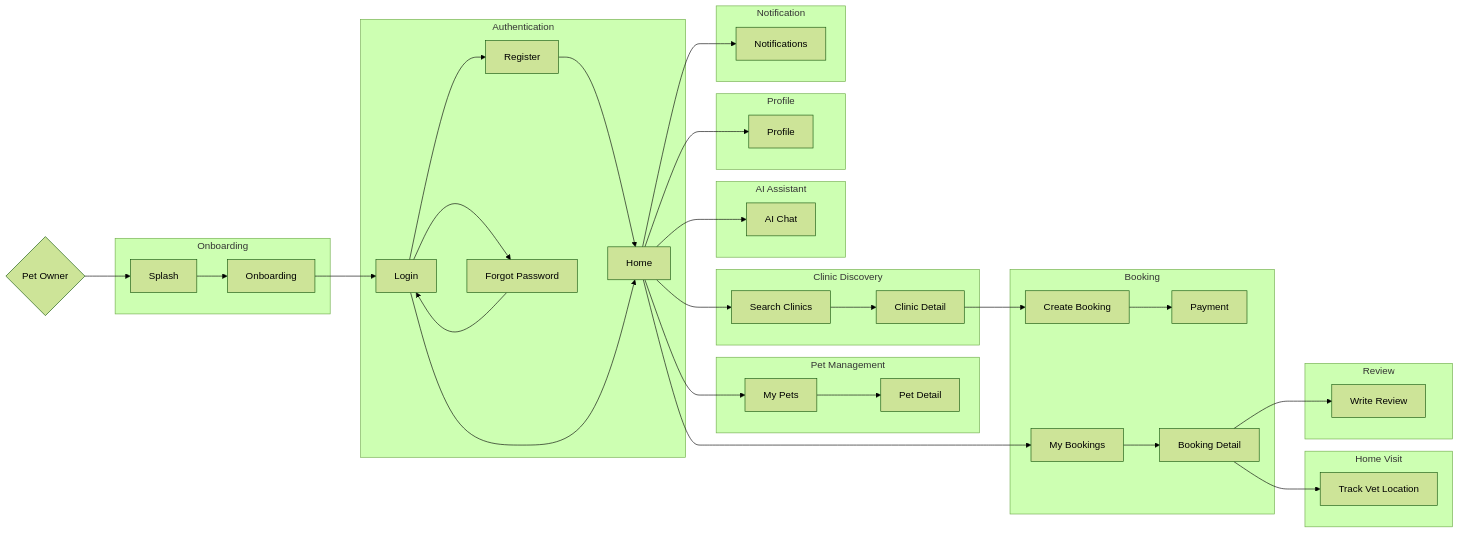
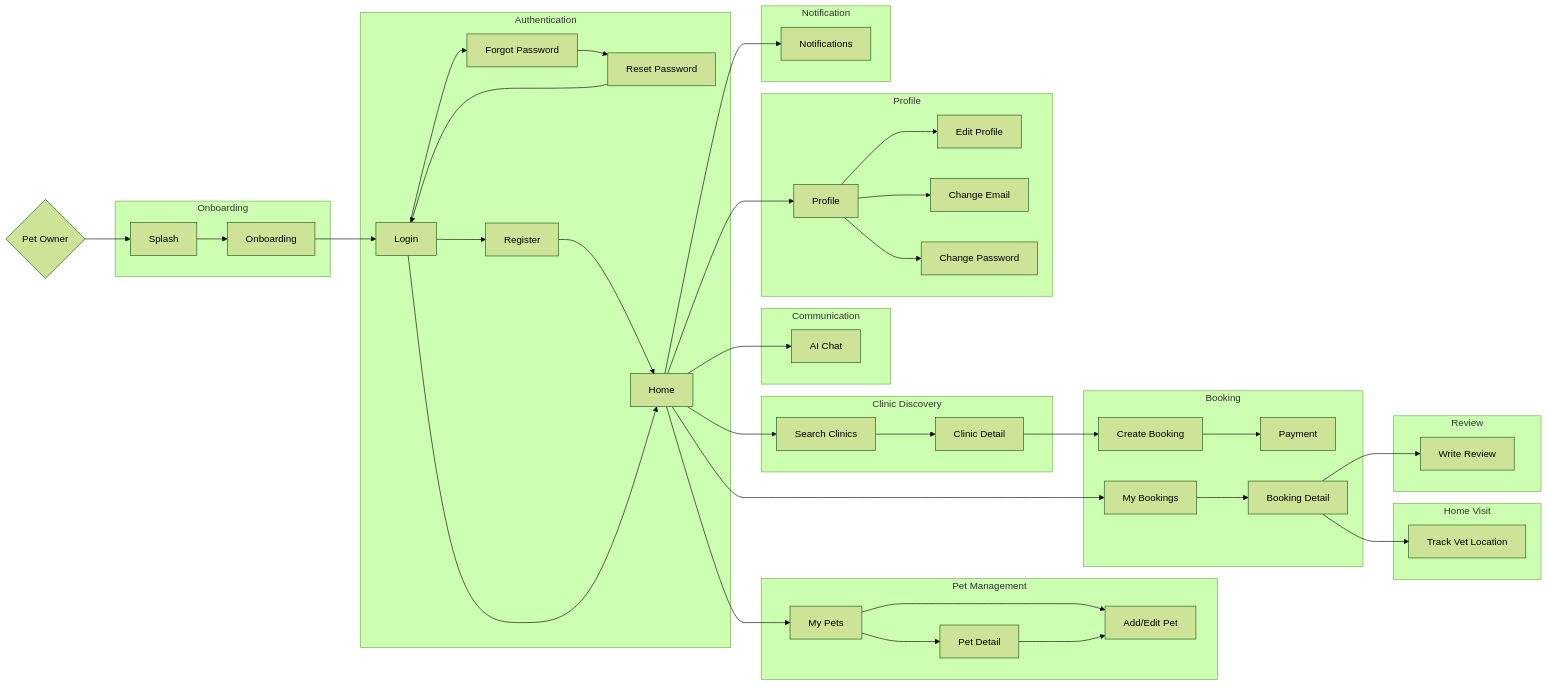
The third of 9 diagrams in docs-references/documentation/SRS/PETTIES_SRS.md (espresso23/Petties-Veterinary-Appointment-Booking-Platform), drawn with Mermaid (forest theme) before and after one commit. The commit also changed other lines of this file and 21 other files, not shown here.

Commit message:
update: break time, docs screen flow, screen description, BR, screen auth

````diff
--- a/docs-references/documentation/SRS/PETTIES_SRS.md
+++ b/docs-references/documentation/SRS/PETTIES_SRS.md
@@ -358,54 +350,60 @@
 ```mermaid
 flowchart LR
-    PO{Pet Owner} --> M001[Splash]
+    PO{Pet Owner} --> Splash
 
     subgraph Onboarding
-        M001 --> M002[Onboarding]
+        Splash --> OnboardingScreen[Onboarding]
     end
 
     subgraph Authentication
-        M002 --> M003[Login]
-        M003 --> M004[Register]
-        M003 --> M019[Forgot Password]
-        M004 --> M005[Home]
-        M003 --> M005
-        M019 --> M003
+        OnboardingScreen --> Login
+        Login --> Register
+        Login --> ForgotPassword[Forgot Password]
+        ForgotPassword --> ResetPassword[Reset Password]
+        ResetPassword --> Login
+        Register --> Home
+        Login --> Home
     end
 
     subgraph Pet_Management[Pet Management]
-        M005 --> M006[My Pets]
-        M006 --> M007[Pet Detail]
+        Home --> MyPets[My Pets]
+        MyPets --> PetDetail[Pet Detail]
+        MyPets --> AddEditPet[Add/Edit Pet]
+        PetDetail --> AddEditPet
     end
 
     subgraph Clinic_Discovery[Clinic Discovery]
-        M005 --> M008[Search Clinics]
-        M008 --> M009[Clinic Detail]
+        Home --> SearchClinics[Search Clinics]
+        SearchClinics --> ClinicDetail[Clinic Detail]
     end
 
     subgraph Booking
-        M009 --> M010[Create Booking]
-        M010 --> M011[Payment]
-        M005 --> M012[My Bookings]
-        M012 --> M013[Booking Detail]
+        ClinicDetail --> CreateBooking[Create Booking]
+        CreateBooking --> Payment
+        Home --> MyBookings[My Bookings]
+        MyBookings --> BookingDetail[Booking Detail]
     end
 
     subgraph Home_Visit[Home Visit]
-        M013 --> M017[Track Vet Location]
+        BookingDetail --> TrackVet[Track Vet Location]
     end
 
     subgraph Review
-        M013 --> M018[Write Review]
+        BookingDetail --> WriteReview[Write Review]
     end
 
-    subgraph AI_Assistant[AI Assistant]
-        M005 --> M014[AI Chat]
+    subgraph Communication
+        Home --> AIChat[AI Chat]
     end
 
     subgraph Profile
-        M005 --> M015[Profile]
+        Home --> ProfileScreen[Profile]
+        ProfileScreen --> EditProfile[Edit Profile]
+        ProfileScreen --> ChangeEmail[Change Email]
+        ProfileScreen --> ChangePassword[Change Password]
     end
 
     subgraph Notification
-        M005 --> M016[Notifications]
+        Home --> Notifications
     end
 ```
````
